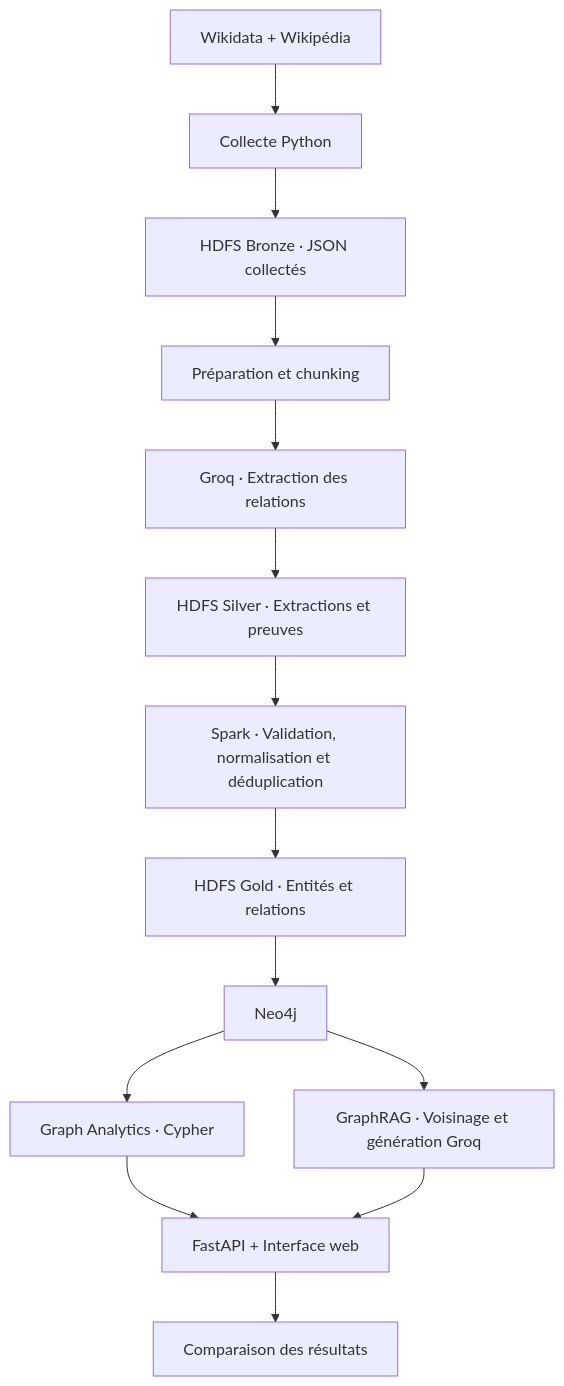
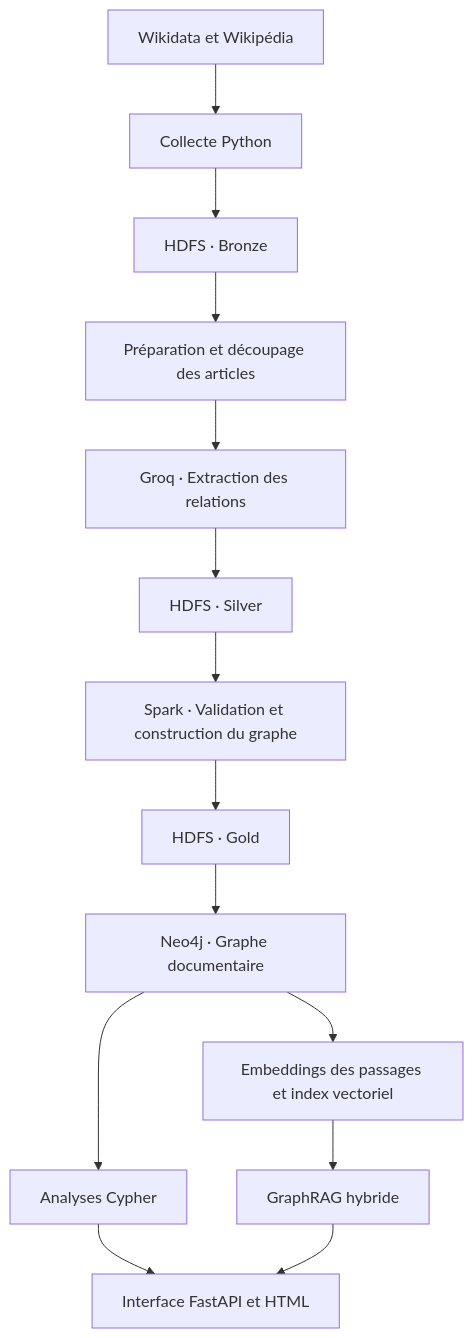
Before and after one commit to Hanane-Benhaimoud/organization-knowledge-graph: the diagram in README.md, drawn with Mermaid. The commit also changed other lines of this file and 26 other files, not shown here.

Commit message:
Finaliser la version enrichie : graphe documentaire, embeddings et interface

````diff
--- a/README.md
+++ b/README.md
@@ -12,16 +9,16 @@
 ```mermaid
 flowchart TD
-    A["Wikidata + Wikipédia"] --> B["Collecte Python"]
-    B --> C["HDFS Bronze · JSON collectés"]
-    C --> D["Préparation et chunking"]
+    A["Wikidata et Wikipédia"] --> B["Collecte Python"]
+    B --> C["HDFS · Bronze"]
+    C --> D["Préparation et découpage des articles"]
     D --> E["Groq · Extraction des relations"]
-    E --> F["HDFS Silver · Extractions et preuves"]
-    F --> G["Spark · Validation, normalisation et déduplication"]
-    G --> H["HDFS Gold · Entités et relations"]
-    H --> I["Neo4j"]
-    I --> J["Graph Analytics · Cypher"]
-    I --> K["GraphRAG · Voisinage et génération Groq"]
-    J --> L["FastAPI + Interface web"]
-    K --> L
-    L --> M["Comparaison des résultats"]
+    E --> F["HDFS · Silver"]
+    F --> G["Spark · Validation et construction du graphe"]
+    G --> H["HDFS · Gold"]
+    H --> I["Neo4j · Graphe documentaire"]
+    I --> J["Embeddings des passages et index vectoriel"]
+    I --> K["Analyses Cypher"]
+    J --> L["GraphRAG hybride"]
+    K --> M["Interface FastAPI et HTML"]
+    L --> M
 ```
````
